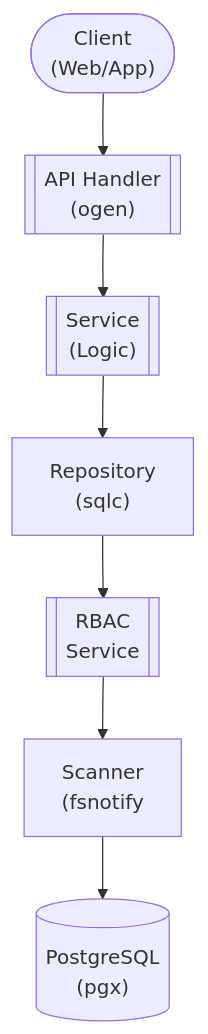
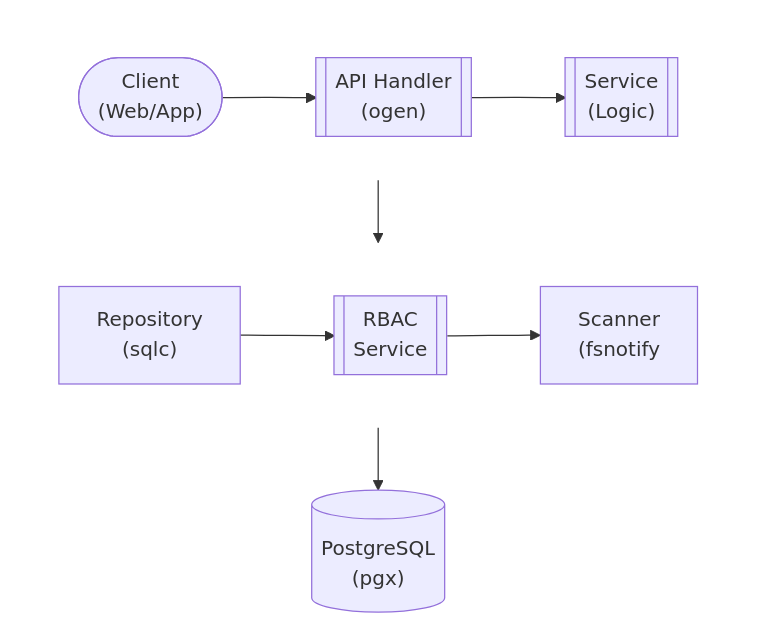
The diagram in docs/dev/design/services/LIBRARY.md (lusoris/revenge), drawn with Mermaid before and after one commit. The commit also changed 210 other files, not shown here.

First line of the commit message:
feat(docs): Add horizontal layout support for Mermaid diagrams

````diff
--- a/docs/dev/design/services/LIBRARY.md
+++ b/docs/dev/design/services/LIBRARY.md
@@ -58,16 +58,26 @@
 ```mermaid
 flowchart TD
-    node1(["Client<br/>(Web/App)"])
-    node2[["API Handler<br/>(ogen)"]]
-    node3[["Service<br/>(Logic)"]]
-    node4["Repository<br/>(sqlc)"]
-    node5[["RBAC<br/>Service"]]
-    node6["Scanner<br/>(fsnotify"]
+    subgraph row1[ ]
+        direction LR
+        node1(["Client<br/>(Web/App)"])
+        node2[["API Handler<br/>(ogen)"]]
+        node3[["Service<br/>(Logic)"]]
+    end
+    subgraph row2[ ]
+        direction LR
+        node4["Repository<br/>(sqlc)"]
+        node5[["RBAC<br/>Service"]]
+        node6["Scanner<br/>(fsnotify"]
+    end
     node7[("PostgreSQL<br/>(pgx)")]
     node1 --> node2
     node2 --> node3
     node4 --> node5
     node5 --> node6
     node3 --> node4
     node6 --> node7
+
+    %% Hide row subgraph borders
+    style row1 fill:transparent,stroke:transparent
+    style row2 fill:transparent,stroke:transparent
 ```
````
